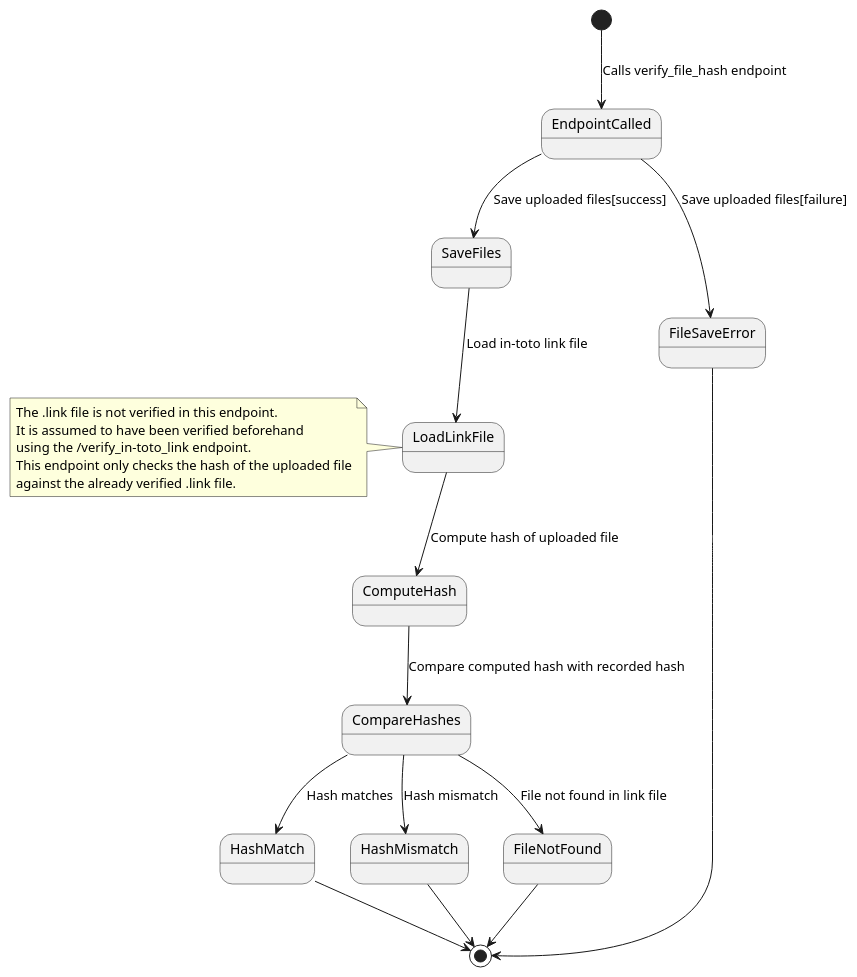
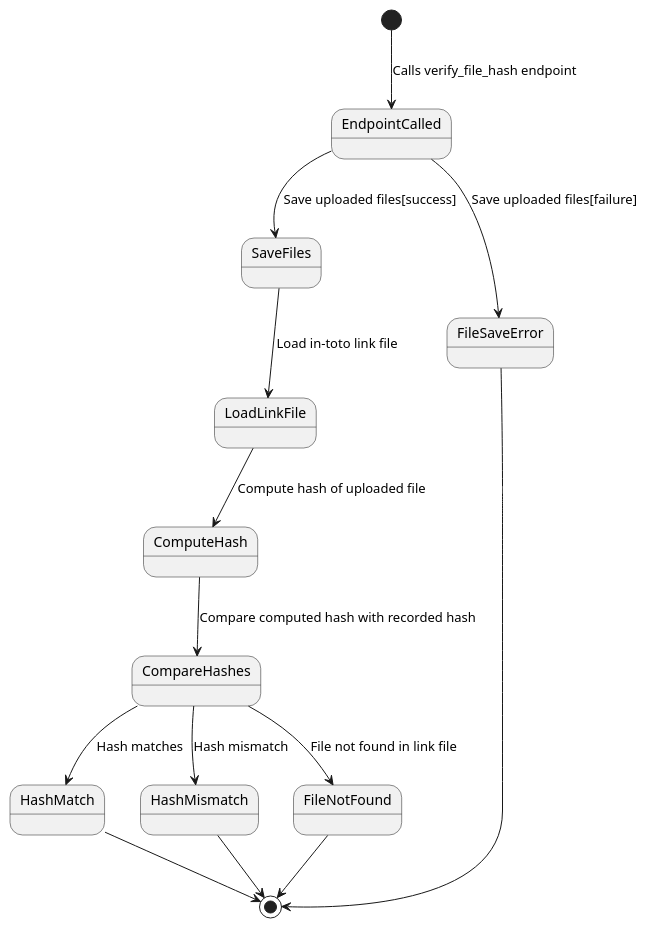
The diagram in docs/diagrams/state/state_verify_file_hash.puml (wiebe-vandendriessche/AIBoMGen), drawn with PlantUML before and after one commit. The commit also changed 9 other files, not shown here.

Commit message:
make diagrams without the notes (not readable in thesis)

```diff
--- a/docs/diagrams/state/state_verify_file_hash.puml
+++ b/docs/diagrams/state/state_verify_file_hash.puml
@@ -1,28 +1,20 @@
 @startuml state_verify_file_hash
 
 [*] --> EndpointCalled : Calls verify_file_hash endpoint
 EndpointCalled --> SaveFiles : Save uploaded files[success]
 EndpointCalled --> FileSaveError : Save uploaded files[failure]
 
 SaveFiles --> LoadLinkFile : Load in-toto link file
 LoadLinkFile --> ComputeHash : Compute hash of uploaded file
 ComputeHash --> CompareHashes : Compare computed hash with recorded hash
 
 CompareHashes --> HashMatch : Hash matches
 CompareHashes --> HashMismatch : Hash mismatch
 CompareHashes --> FileNotFound : File not found in link file
 
-note left of LoadLinkFile
-The .link file is not verified in this endpoint.
-It is assumed to have been verified beforehand
-using the /verify_in-toto_link endpoint.
-This endpoint only checks the hash of the uploaded file
-against the already verified .link file.
-end note
-
 FileSaveError --> [*]
 HashMatch --> [*]
 HashMismatch --> [*]
 FileNotFound --> [*]
 
 @enduml
```
